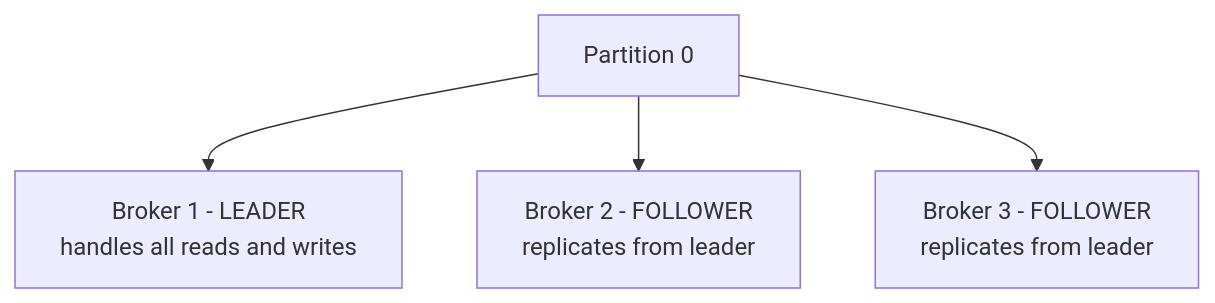
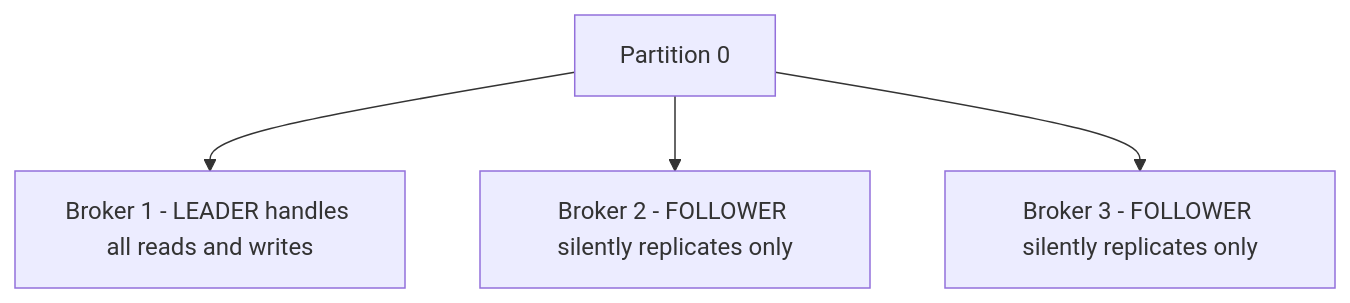
The first of 2 diagrams in System Design/SDE2/06-Messaging-and-Event-Driven/12-Kafka/01-Architecture/06-Replication.md (Dummy-Bug/system-design-handbook), drawn with Mermaid before and after one commit. The commit also changed other lines of this file and 4 other files, not shown here.

````diff
--- a/System Design/SDE2/06-Messaging-and-Event-Driven/12-Kafka/01-Architecture/06-Replication.md
+++ b/System Design/SDE2/06-Messaging-and-Event-Driven/12-Kafka/01-Architecture/06-Replication.md
@@ -19,7 +32,7 @@
 ```mermaid
 graph TD
     P[Partition 0]
-    P --> L[Broker 1 - LEADER<br/>handles all reads and writes]
-    P --> F1[Broker 2 - FOLLOWER<br/>replicates from leader]
-    P --> F2[Broker 3 - FOLLOWER<br/>replicates from leader]
+    P --> L[Broker 1 - LEADER handles all reads and writes]
+    P --> F1[Broker 2 - FOLLOWER silently replicates only]
+    P --> F2[Broker 3 - FOLLOWER silently replicates only]
 ```
````
